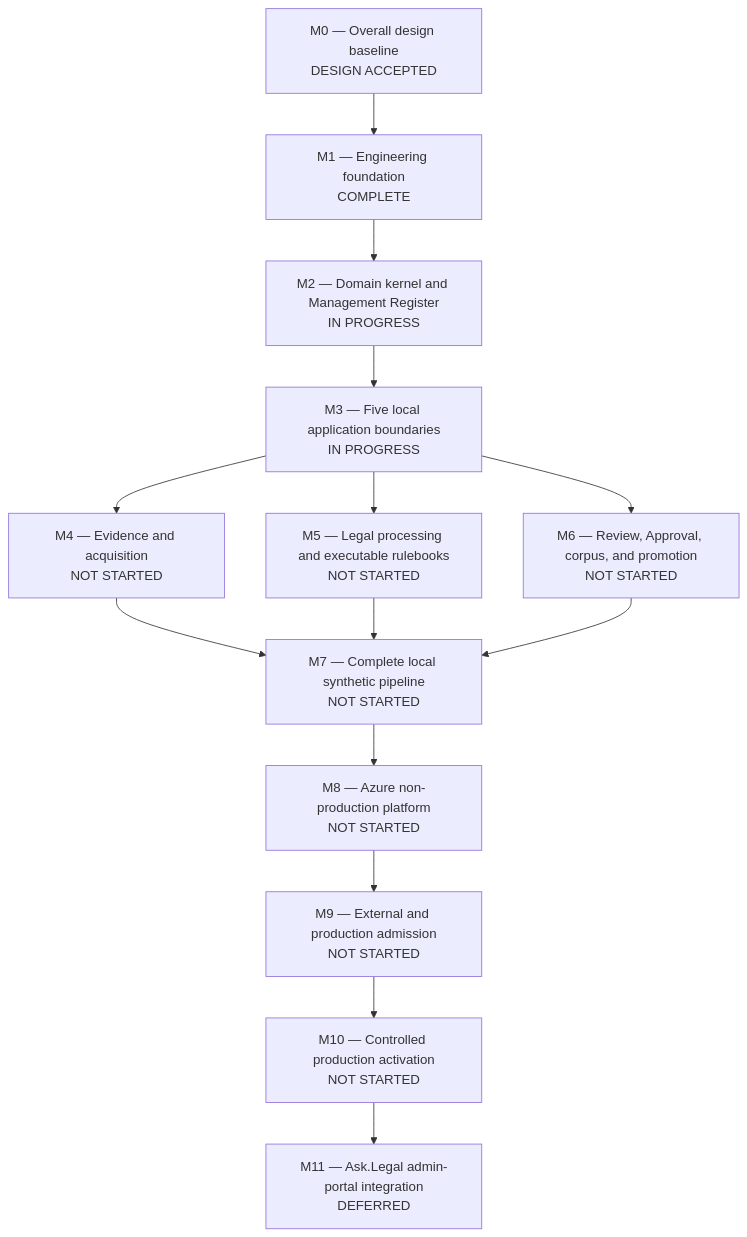
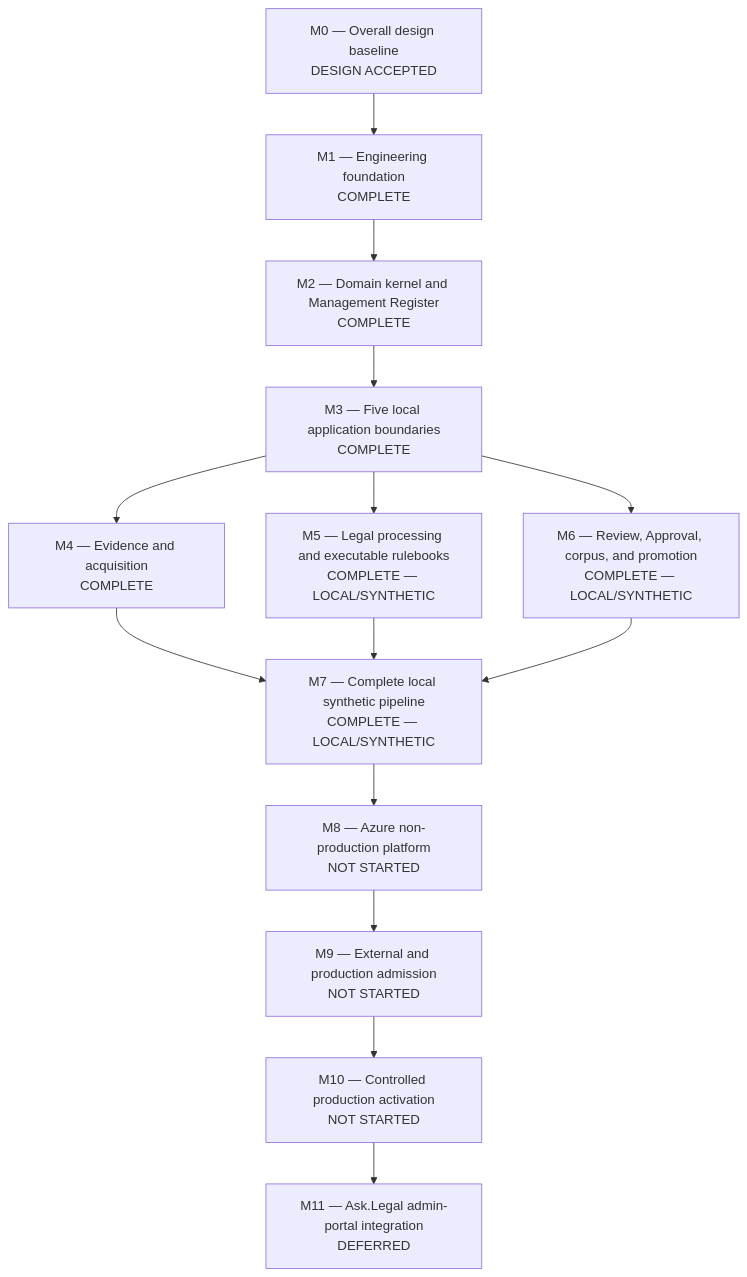
The diagram in docs/agent/ROADMAP.md (stevw-repo/AutonomousLCP), drawn with Mermaid before and after one commit. The commit also changed other lines of this file and 182 other files, not shown here.

Commit message:
feat: complete local pipeline milestones M2 through M7

````diff
--- a/docs/agent/ROADMAP.md
+++ b/docs/agent/ROADMAP.md
@@ -62,24 +75,24 @@
 ```mermaid
 flowchart TD
     M0["M0 — Overall design baseline<br/>DESIGN ACCEPTED"]
     M1["M1 — Engineering foundation<br/>COMPLETE"]
-    M2["M2 — Domain kernel and Management Register<br/>IN PROGRESS"]
-    M3["M3 — Five local application boundaries<br/>IN PROGRESS"]
-    M4["M4 — Evidence and acquisition<br/>NOT STARTED"]
-    M5["M5 — Legal processing and executable rulebooks<br/>NOT STARTED"]
-    M6["M6 — Review, Approval, corpus, and promotion<br/>NOT STARTED"]
-    M7["M7 — Complete local synthetic pipeline<br/>NOT STARTED"]
+    M2["M2 — Domain kernel and Management Register<br/>COMPLETE"]
+    M3["M3 — Five local application boundaries<br/>COMPLETE"]
+    M4["M4 — Evidence and acquisition<br/>COMPLETE"]
+    M5["M5 — Legal processing and executable rulebooks<br/>COMPLETE — LOCAL/SYNTHETIC"]
+    M6["M6 — Review, Approval, corpus, and promotion<br/>COMPLETE — LOCAL/SYNTHETIC"]
+    M7["M7 — Complete local synthetic pipeline<br/>COMPLETE — LOCAL/SYNTHETIC"]
     M8["M8 — Azure non-production platform<br/>NOT STARTED"]
     M9["M9 — External and production admission<br/>NOT STARTED"]
     M10["M10 — Controlled production activation<br/>NOT STARTED"]
     M11["M11 — Ask.Legal admin-portal integration<br/>DEFERRED"]
 
     M0 --> M1 --> M2 --> M3
     M3 --> M4
     M3 --> M5
     M3 --> M6
     M4 --> M7
     M5 --> M7
     M6 --> M7
     M7 --> M8 --> M9 --> M10 --> M11
 ```
````
